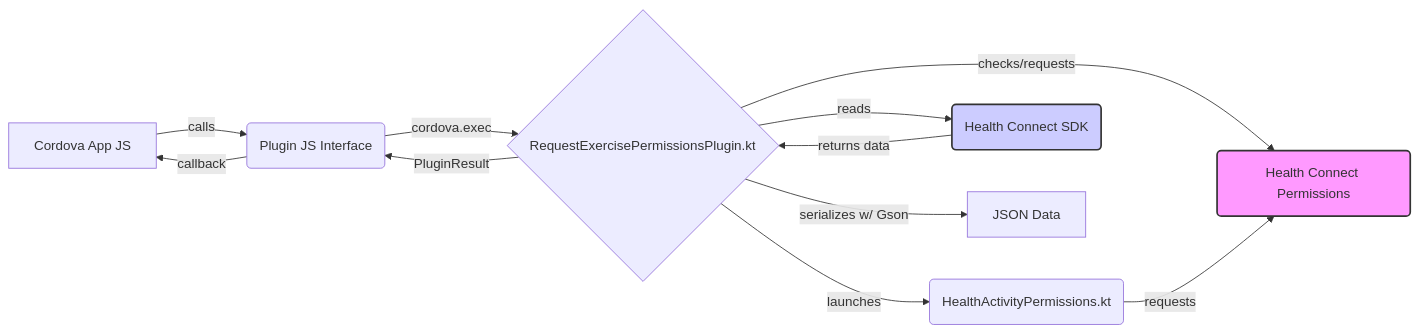
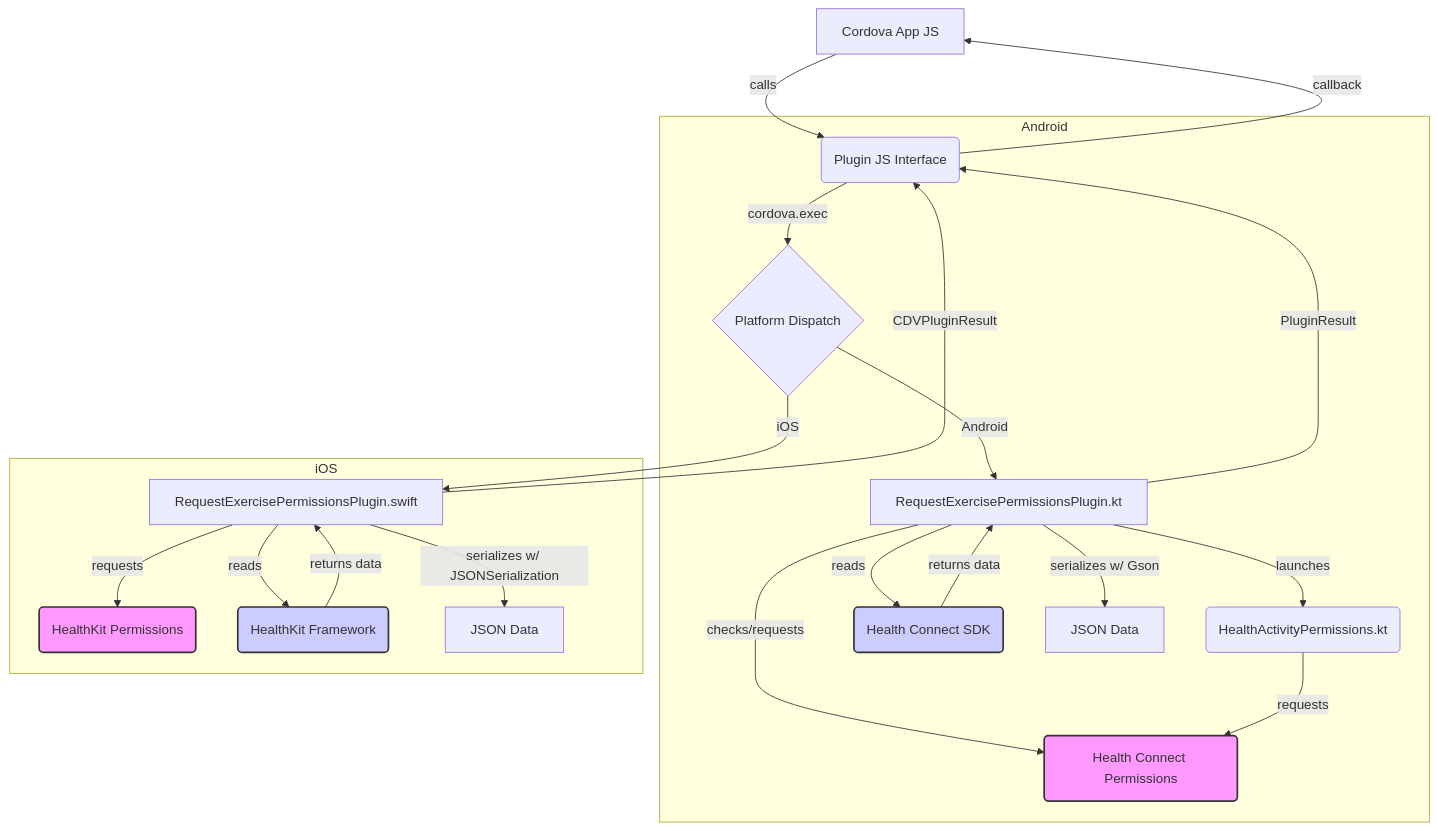
One commit to TruewindIT/cordova-android-exercises-plugin changed the diagram in memory-bank/systemPatterns.md. Above: the diagram before and after it, drawn with Mermaid. The commit also changed other lines of this file and 5 other files, not shown here.

````diff
--- a/memory-bank/systemPatterns.md
+++ b/memory-bank/systemPatterns.md
@@ -22,16 +38,32 @@
 ```mermaid
-graph LR
+graph TD
     A[Cordova App JS] -- calls --> B(Plugin JS Interface);
-    B -- cordova.exec --> C{RequestExercisePermissionsPlugin.kt};
-    C -- checks/requests --> D(Health Connect Permissions);
-    C -- launches --> E(HealthActivityPermissions.kt);
-    E -- requests --> D;
-    C -- reads --> F(Health Connect SDK);
-    F -- returns data --> C;
-    C -- serializes w/ Gson --> G[JSON Data];
-    C -- PluginResult --> B;
+    B -- cordova.exec --> C{Platform Dispatch};
+
+    subgraph Android
+        C -- Android --> D[RequestExercisePermissionsPlugin.kt];
+        D -- checks/requests --> E(Health Connect Permissions);
+        D -- launches --> F(HealthActivityPermissions.kt);
+        F -- requests --> E;
+        D -- reads --> G(Health Connect SDK);
+        G -- returns data --> D;
+        D -- serializes w/ Gson --> H[JSON Data];
+        D -- PluginResult --> B;
+    end
+
+    subgraph iOS
+        C -- iOS --> I[RequestExercisePermissionsPlugin.swift];
+        I -- requests --> J(HealthKit Permissions);
+        I -- reads --> K(HealthKit Framework);
+        K -- returns data --> I;
+        I -- serializes w/ JSONSerialization --> L[JSON Data];
+        I -- CDVPluginResult --> B;
+    end
+
     B -- callback --> A;
 
-    style D fill:#f9f,stroke:#333,stroke-width:2px
-    style F fill:#ccf,stroke:#333,stroke-width:2px
+    style E fill:#f9f,stroke:#333,stroke-width:2px
+    style G fill:#ccf,stroke:#333,stroke-width:2px
+    style J fill:#f9f,stroke:#333,stroke-width:2px
+    style K fill:#ccf,stroke:#333,stroke-width:2px
 ```
````
